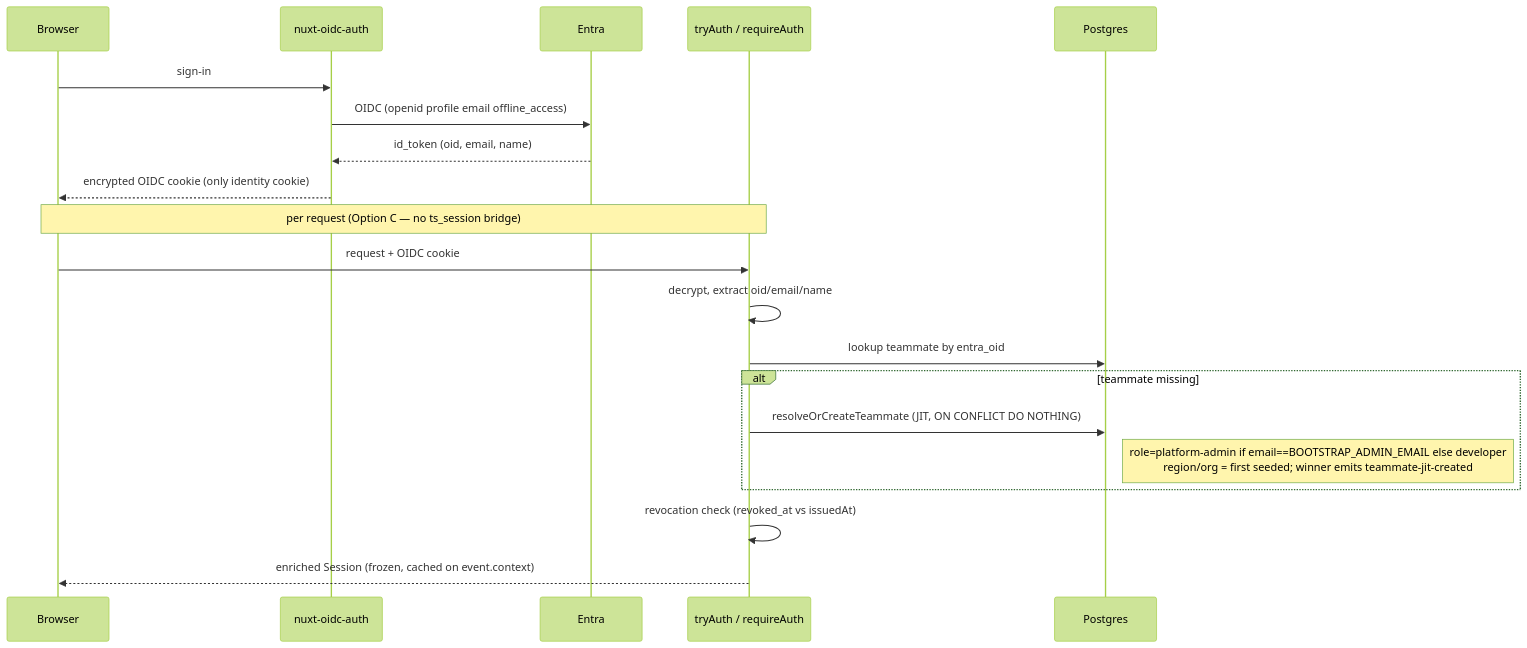
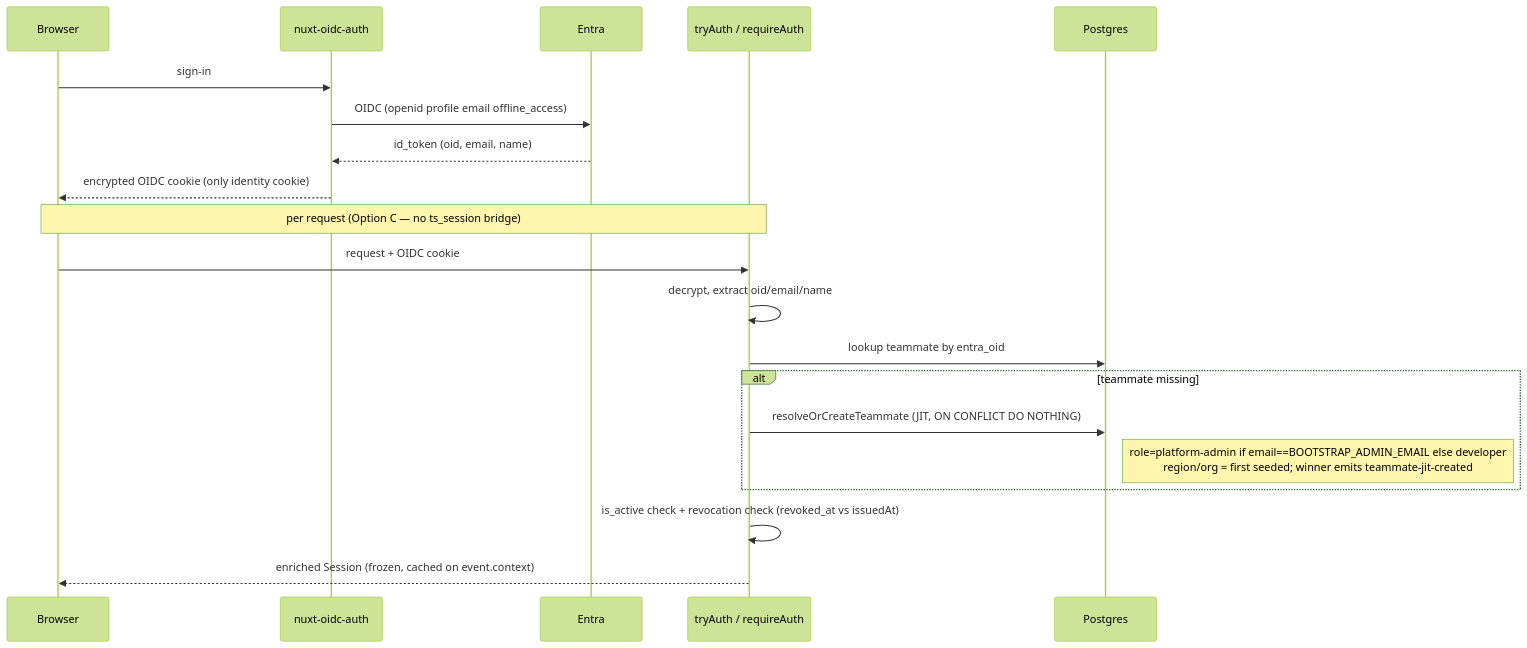
The second of 5 diagrams in docs/wiki/Authentication-and-Security.md (Insight-Services-APAC/tokenscope-public), drawn with Mermaid (forest theme) before and after one commit. The commit also changed other lines of this file and 99 other files, not shown here.

````diff
--- a/docs/wiki/Authentication-and-Security.md
+++ b/docs/wiki/Authentication-and-Security.md
@@ -65,23 +65,23 @@
 ```mermaid
 sequenceDiagram
     participant B as Browser
     participant N as nuxt-oidc-auth
     participant E as Entra
     participant H as tryAuth / requireAuth
     participant DB as Postgres
 
     B->>N: sign-in
     N->>E: OIDC (openid profile email offline_access)
     E-->>N: id_token (oid, email, name)
     N-->>B: encrypted OIDC cookie (only identity cookie)
     Note over B,H: per request (Option C — no ts_session bridge)
     B->>H: request + OIDC cookie
     H->>H: decrypt, extract oid/email/name
     H->>DB: lookup teammate by entra_oid
     alt teammate missing
         H->>DB: resolveOrCreateTeammate (JIT, ON CONFLICT DO NOTHING)
         Note right of DB: role=platform-admin if email==BOOTSTRAP_ADMIN_EMAIL else developer<br/>region/org = first seeded#59; winner emits teammate-jit-created
     end
-    H->>H: revocation check (revoked_at vs issuedAt)
+    H->>H: is_active check + revocation check (revoked_at vs issuedAt)
     H-->>B: enriched Session (frozen, cached on event.context)
 ```
````
